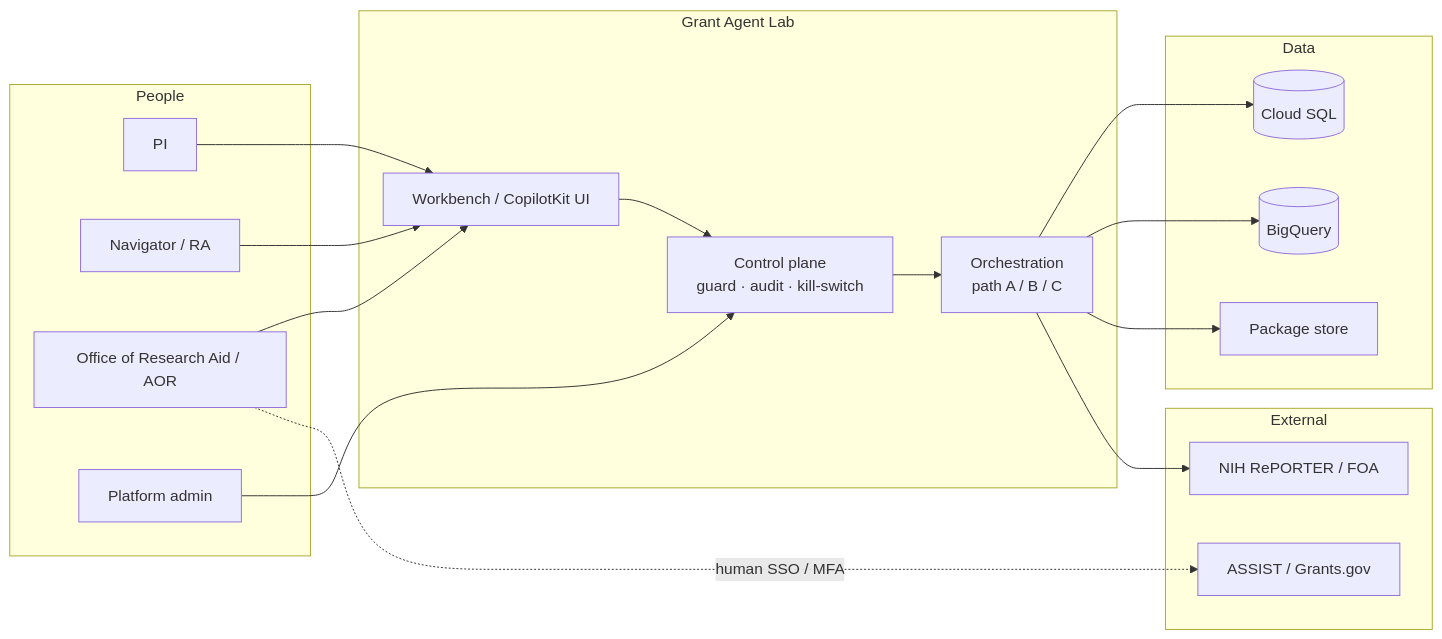
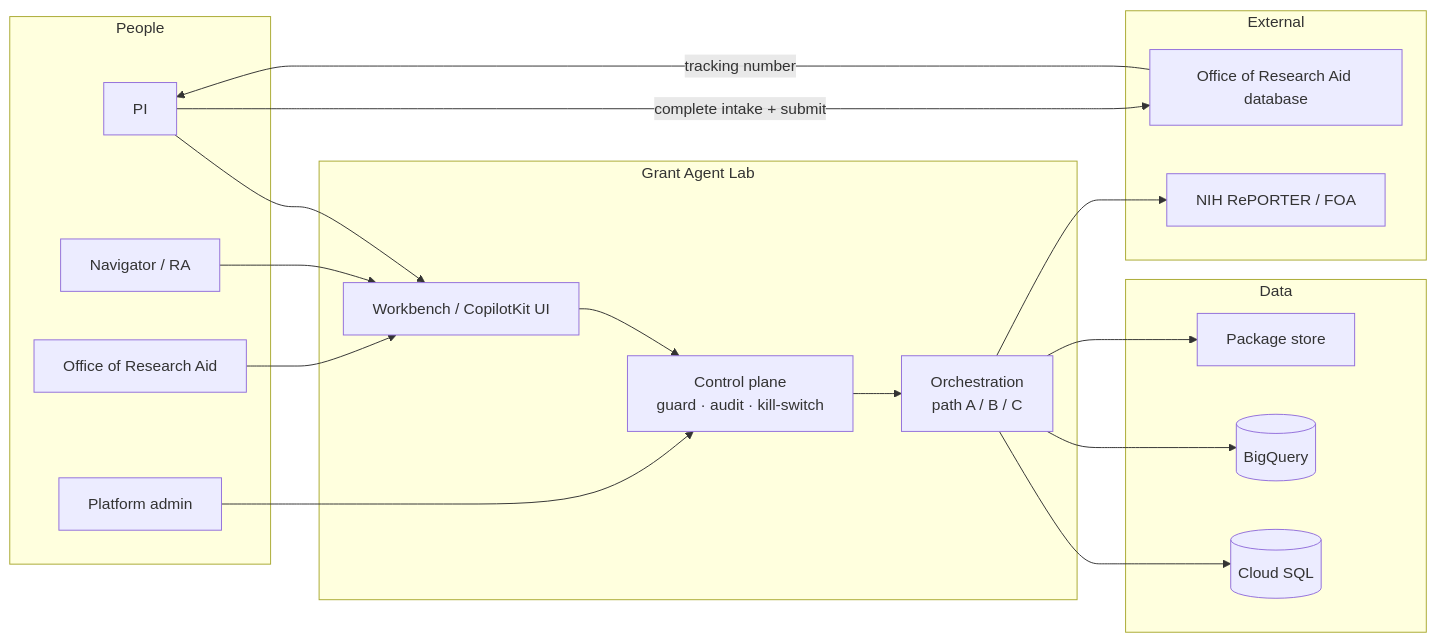
Before and after one commit to YPCC/grant-agent-lab: the first of 5 diagrams in docs/architecture.md, drawn with Mermaid. The commit also changed other lines of this file and 16 other files, not shown here.

First line of the commit message:
Align README, docs, and C4 diagrams with office intake

````diff
--- a/docs/architecture.md
+++ b/docs/architecture.md
@@ -9,38 +11,39 @@
 ```mermaid
 flowchart LR
   subgraph People
     PI[PI]
     RA[Navigator / RA]
-    ORA["Office of Research Aid / AOR"]
+    ORA["Office of Research Aid"]
     ADM[Platform admin]
   end
 
   subgraph Lab["Grant Agent Lab"]
     UI[Workbench / CopilotKit UI]
     CP[Control plane<br/>guard · audit · kill-switch]
     ORCH[Orchestration<br/>path A / B / C]
   end
 
   subgraph Data
     SQL[(Cloud SQL)]
     BQ[(BigQuery)]
     GCS[Package store]
   end
 
   subgraph External
     NIH[NIH RePORTER / FOA]
-    ASSIST[ASSIST / Grants.gov]
+    ODB[Office of Research Aid database]
   end
 
   PI --> UI
   RA --> UI
   ORA --> UI
   ADM --> CP
   UI --> CP
   CP --> ORCH
   ORCH --> SQL
   ORCH --> BQ
   ORCH --> GCS
   ORCH --> NIH
-  ORA -.->|human SSO / MFA| ASSIST
+  PI -->|complete intake + submit| ODB
+  ODB -->|tracking number| PI
 ```
````
